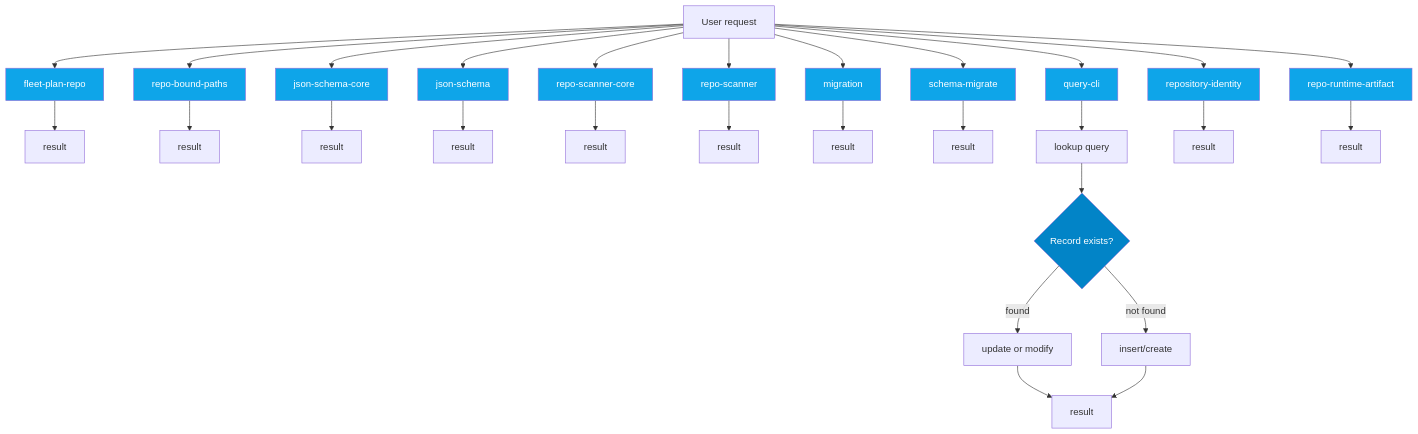
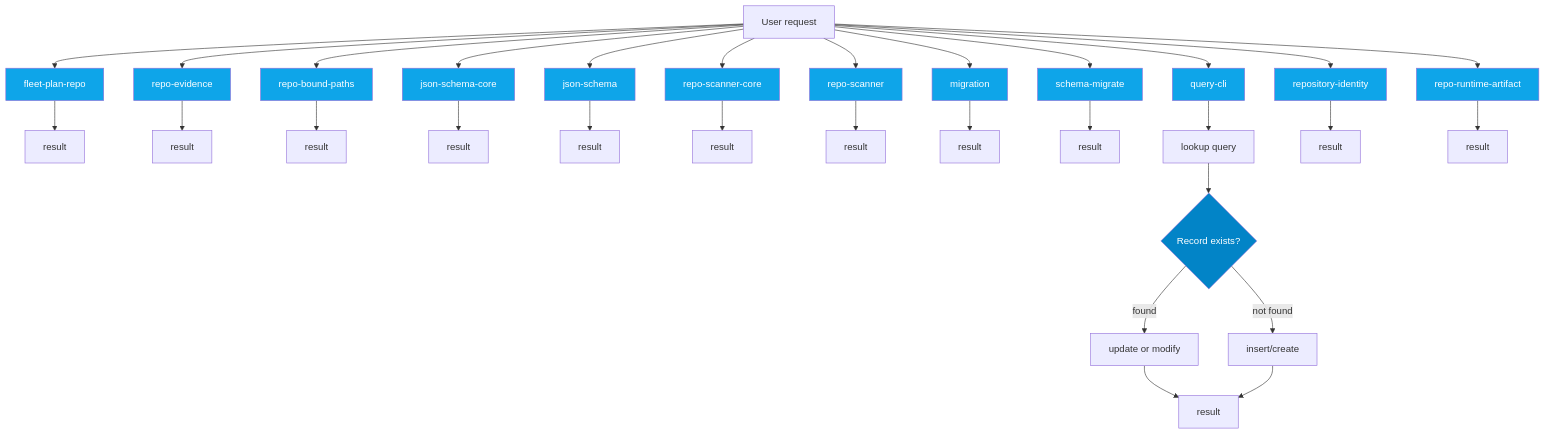
The sixth of 14 diagrams in AI/context/diagram-context.md (jscraik/coding-harness), drawn with Mermaid before and after one commit. The commit also changed other lines of this file and 9 other files, not shown here.

First line of the commit message:
docs(architecture): refresh diagram context

````diff
--- a/AI/context/diagram-context.md
+++ b/AI/context/diagram-context.md
@@ -408,48 +457,51 @@
 ```mermaid
 flowchart TD
   UserRequest["User request"]
   Decision{Record exists?}
   fleet_plan_repo_ecdc6499["fleet-plan-repo"]
   UserRequest --> fleet_plan_repo_ecdc6499
   fleet_plan_repo_ecdc6499 --> fleet_plan_repo_ecdc6499_result["result"]
+  repo_evidence_38bb1de5["repo-evidence"]
+  UserRequest --> repo_evidence_38bb1de5
+  repo_evidence_38bb1de5 --> repo_evidence_38bb1de5_result["result"]
   repo_bound_paths_e218b5b3["repo-bound-paths"]
   UserRequest --> repo_bound_paths_e218b5b3
   repo_bound_paths_e218b5b3 --> repo_bound_paths_e218b5b3_result["result"]
   json_schema_core_96d7e328["json-schema-core"]
   UserRequest --> json_schema_core_96d7e328
   json_schema_core_96d7e328 --> json_schema_core_96d7e328_result["result"]
   json_schema_74a768d7["json-schema"]
   UserRequest --> json_schema_74a768d7
   json_schema_74a768d7 --> json_schema_74a768d7_result["result"]
   repo_scanner_core_8e9f7646["repo-scanner-core"]
   UserRequest --> repo_scanner_core_8e9f7646
   repo_scanner_core_8e9f7646 --> repo_scanner_core_8e9f7646_result["result"]
   repo_scanner_a8b2579e["repo-scanner"]
   UserRequest --> repo_scanner_a8b2579e
   repo_scanner_a8b2579e --> repo_scanner_a8b2579e_result["result"]
   migration_8a6cead4["migration"]
   UserRequest --> migration_8a6cead4
   migration_8a6cead4 --> migration_8a6cead4_result["result"]
   schema_migrate_c0646635["schema-migrate"]
   UserRequest --> schema_migrate_c0646635
   schema_migrate_c0646635 --> schema_migrate_c0646635_result["result"]
   query_cli_b95be64d["query-cli"]
   UserRequest --> query_cli_b95be64d
   query_cli_b95be64d --> query_cli_b95be64d_lookup["lookup query"]
   query_cli_b95be64d_lookup --> Decision
   Decision -->|found| query_cli_b95be64d_update["update or modify"]
   Decision -->|not found| query_cli_b95be64d_create["insert/create"]
   query_cli_b95be64d_update --> query_cli_b95be64d_result["result"]
   query_cli_b95be64d_create --> query_cli_b95be64d_result["result"]
   repository_identity_9dc13d37["repository-identity"]
   UserRequest --> repository_identity_9dc13d37
   repository_identity_9dc13d37 --> repository_identity_9dc13d37_result["result"]
   repo_runtime_artifact_139c0fbd["repo-runtime-artifact"]
   UserRequest --> repo_runtime_artifact_139c0fbd
   repo_runtime_artifact_139c0fbd --> repo_runtime_artifact_139c0fbd_result["result"]
   classDef dbNode fill:#0ea5e9,color:#fff
-  class fleet_plan_repo_ecdc6499,repo_bound_paths_e218b5b3,json_schema_core_96d7e328,json_schema_74a768d7,repo_scanner_core_8e9f7646,repo_scanner_a8b2579e,migration_8a6cead4,schema_migrate_c0646635,query_cli_b95be64d,repository_identity_9dc13d37,repo_runtime_artifact_139c0fbd dbNode
+  class fleet_plan_repo_ecdc6499,repo_evidence_38bb1de5,repo_bound_paths_e218b5b3,json_schema_core_96d7e328,json_schema_74a768d7,repo_scanner_core_8e9f7646,repo_scanner_a8b2579e,migration_8a6cead4,schema_migrate_c0646635,query_cli_b95be64d,repository_identity_9dc13d37,repo_runtime_artifact_139c0fbd dbNode
   classDef decisionNode fill:#0284c7,color:#fff
   class Decision decisionNode
 
 ```
````
